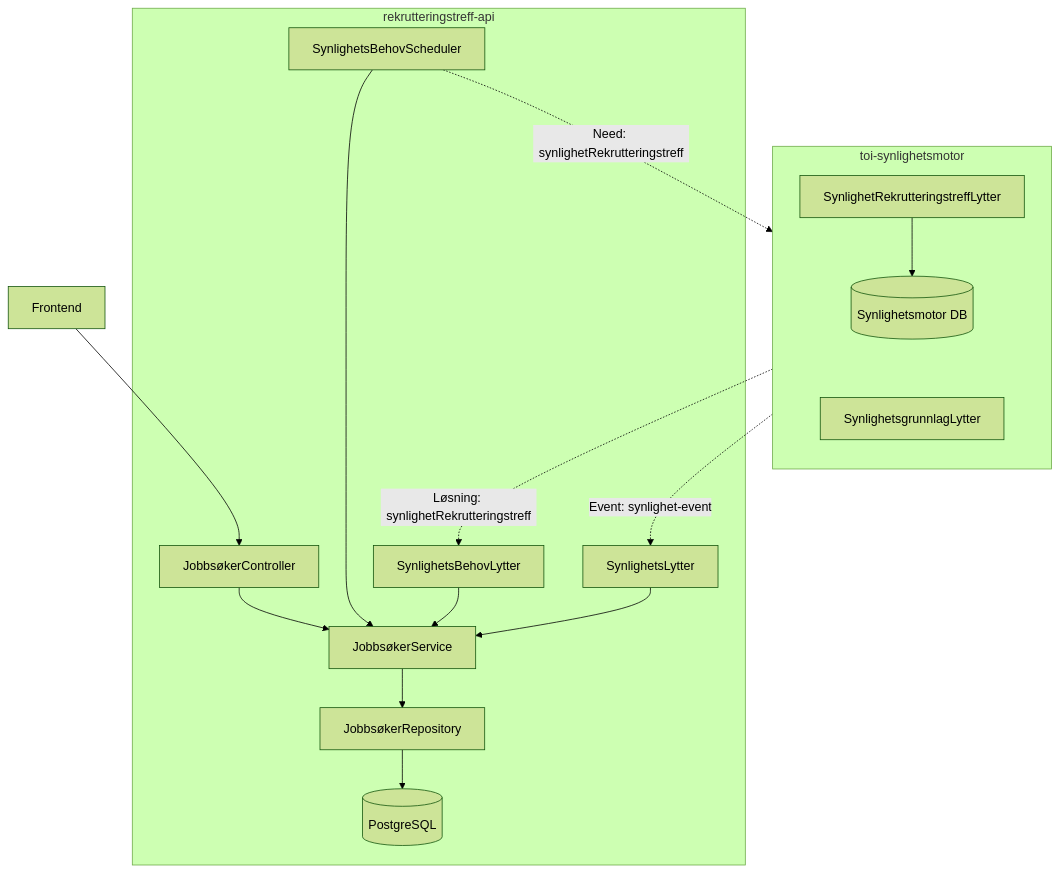
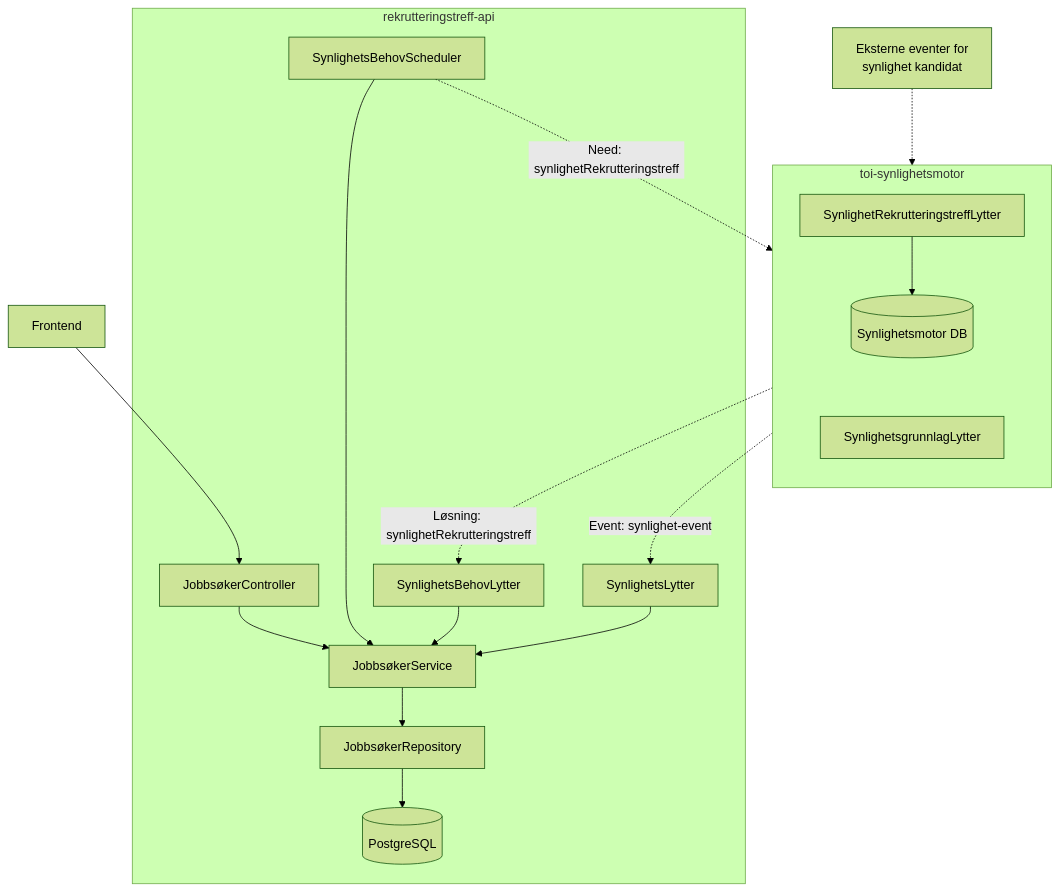
The first of 4 diagrams in docs/3-sikkerhet/synlighet.md (navikt/rekrutteringstreff-backend), drawn with Mermaid (forest theme) before and after one commit.

Commit message:
Oppdatert synlighetsdiaram

````diff
--- a/docs/3-sikkerhet/synlighet.md
+++ b/docs/3-sikkerhet/synlighet.md
@@ -11,36 +11,39 @@
 ```mermaid
 flowchart TB
     subgraph rekrutteringstreff-api
         JC[JobbsøkerController]
         JS[JobbsøkerService]
         JR[JobbsøkerRepository]
         SL[SynlighetsLytter]
         SBL[SynlighetsBehovLytter]
         SBS[SynlighetsBehovScheduler]
         DB[(PostgreSQL)]
     end
 
     subgraph toi-synlighetsmotor
         direction TB
         SRL[SynlighetRekrutteringstreffLytter]
         SMDB[(Synlighetsmotor DB)]
         SGL[SynlighetsgrunnlagLytter]
     end
 
+    EXT[Eksterne eventer for<br/>synlighet kandidat]
+
     %% Interne koblinger
     Frontend --> JC
     JC --> JS
     SBS --> JS
     SBL --> JS
     SL --> JS
     JS --> JR
     JR --> DB
     
     SRL --> SMDB
     SMDB ~~~ SGL
 
     %% Kafka-flyt (Rapids & Rivers)
+    EXT -.-> SGL
     SBS -.->|Need: synlighetRekrutteringstreff| SRL
     SRL -.->|Løsning: synlighetRekrutteringstreff| SBL
     SGL -.->|Event: synlighet-event| SL
 ```
````
